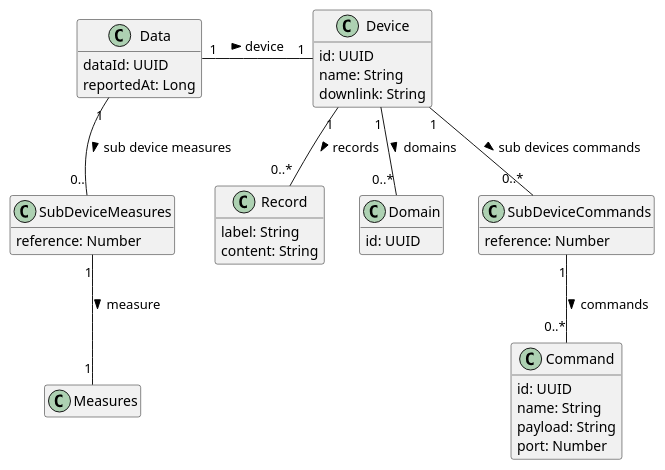
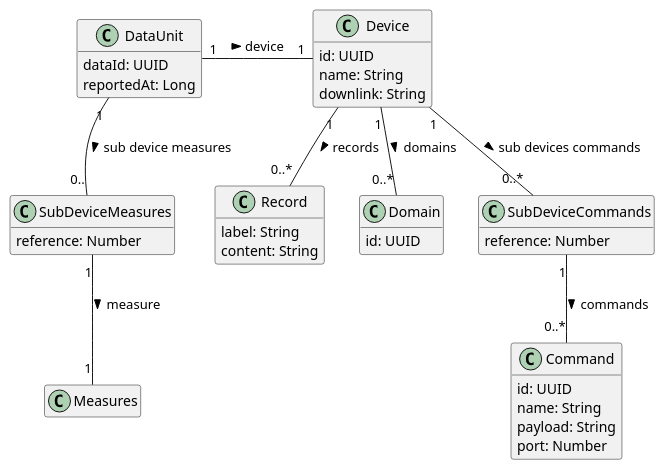
One commit to FilipeMCruz/dissertation changed the diagram in assets/diagrams/design/domain/shared-model.pu. Above: the diagram before and after it, drawn with PlantUML. The commit also changed 17 other files, not shown here.

```diff
--- a/assets/diagrams/design/domain/shared-model.pu
+++ b/assets/diagrams/design/domain/shared-model.pu
@@ -2,7 +2,7 @@
 
 hide empty members
 
-class Data {
+class "DataUnit" as Data {
     dataId: UUID
     reportedAt: Long
 }
```
